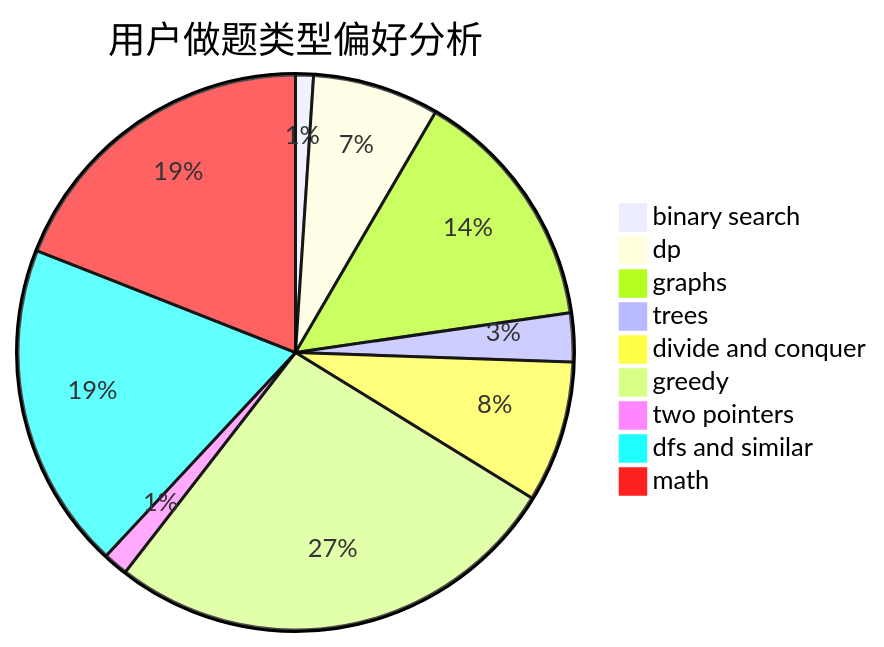
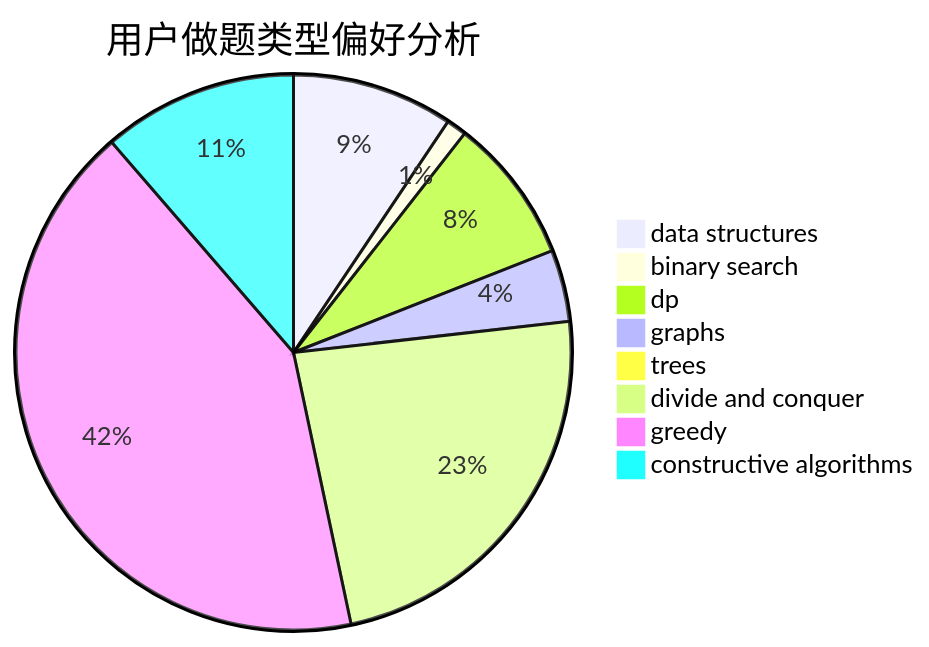
One commit to sherpahu/cfrs.github.io changed the second of 3 diagrams in docs/user/u447.md. Above: the diagram before and after it, drawn with Mermaid. The commit also changed other lines of this file and 2775 other files, not shown here.

````diff
--- a/docs/user/u447.md
+++ b/docs/user/u447.md
@@ -23,12 +23,11 @@
 ```mermaid
 pie title 用户做题类型偏好分析
-    "binary search" :  26
-    "dp" :  184
-    "graphs" :  358
-    "trees" :  71
-    "divide and conquer" :  206
-    "greedy" :  668
-    "two pointers" :  36
-    "dfs and similar" :  476
-    "math" :  476
+    "data structures" :  72
+    "binary search" :  9
+    "dp" :  65
+    "graphs" :  32
+    "trees" :  4
+    "divide and conquer" :  180
+    "greedy" :  322
+    "constructive algorithms" :  87
 ```
````
